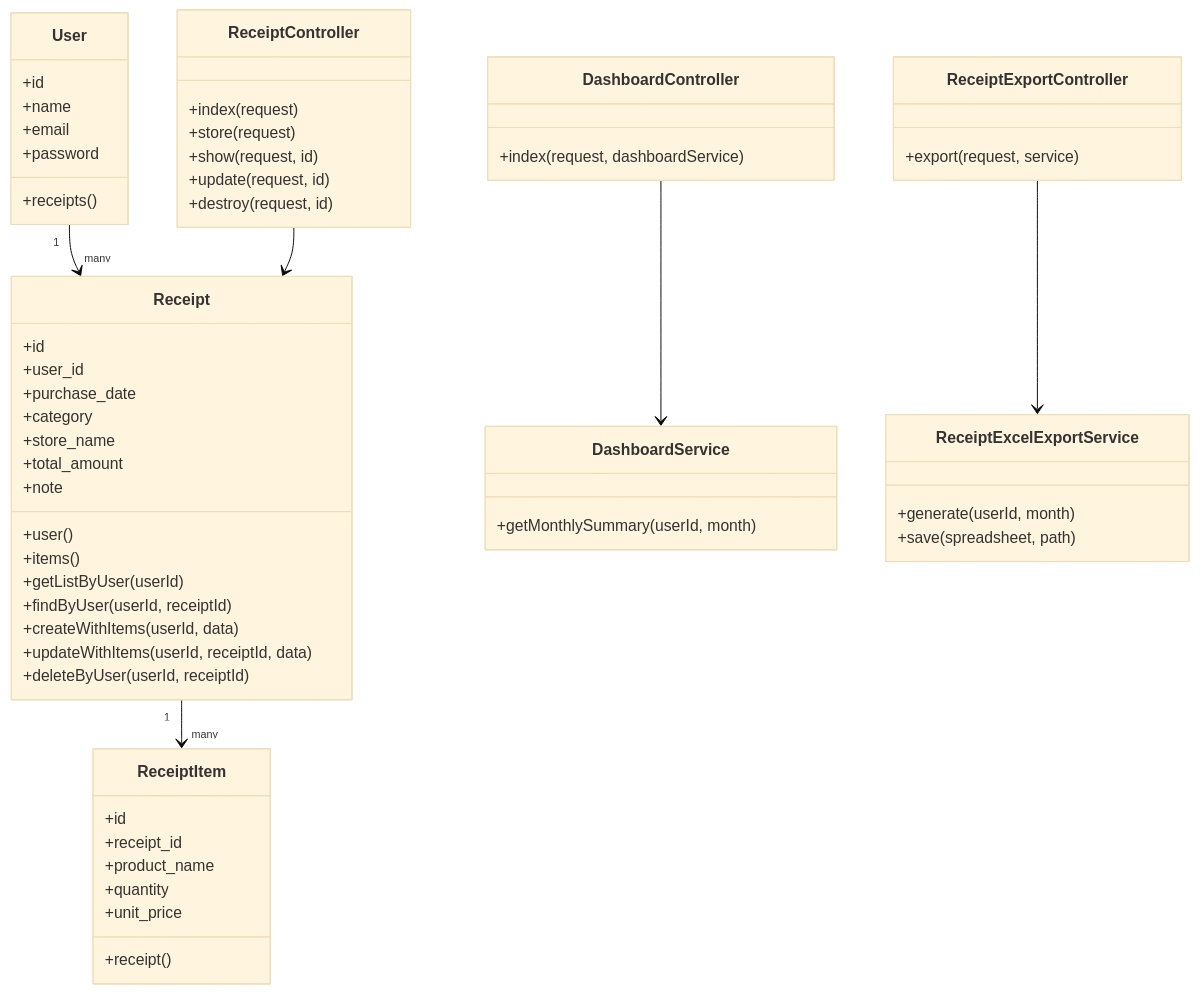
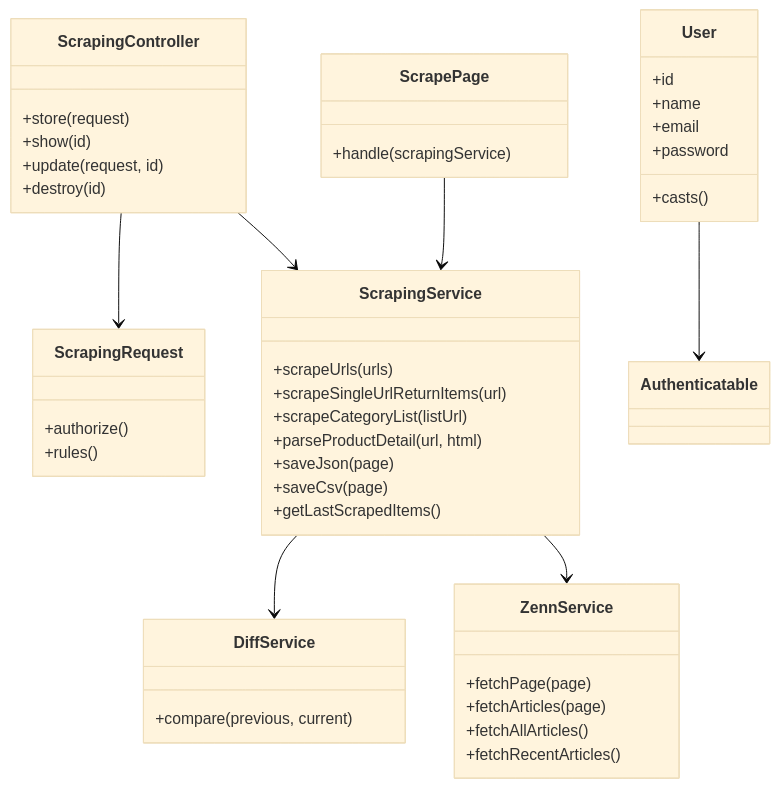
The second of 2 diagrams in README.md (alcion-demo/laravel_scraping), drawn with Mermaid (base theme) before and after one commit. The commit also changed other lines of this file and 35 other files, not shown here.

````diff
--- a/README.md
+++ b/README.md
@@ -228,67 +204,54 @@
 ```mermaid
 classDiagram
     class User {
         +id
         +name
         +email
         +password
-        +receipts()
+        +casts()
     }
 
-    class Receipt {
-        +id
-        +user_id
-        +purchase_date
-        +category
-        +store_name
-        +total_amount
-        +note
-        +user()
-        +items()
-        +getListByUser(userId)
-        +findByUser(userId, receiptId)
-        +createWithItems(userId, data)
-        +updateWithItems(userId, receiptId, data)
-        +deleteByUser(userId, receiptId)
+    class ScrapingRequest {
+        +authorize()
+        +rules()
     }
 
-    class ReceiptItem {
-        +id
-        +receipt_id
-        +product_name
-        +quantity
-        +unit_price
-        +receipt()
+    class ScrapingController {
+        +store(request)
+        +show(id)
+        +update(request, id)
+        +destroy(id)
     }
 
-    class ReceiptController {
-        +index(request)
-        +store(request)
-        +show(request, id)
-        +update(request, id)
-        +destroy(request, id)
+    class ScrapingService {
+        +scrapeUrls(urls)
+        +scrapeSingleUrlReturnItems(url)
+        +scrapeCategoryList(listUrl)
+        +parseProductDetail(url, html)
+        +saveJson(page)
+        +saveCsv(page)
+        +getLastScrapedItems()
     }
 
-    class DashboardController {
-        +index(request, dashboardService)
+    class DiffService {
+        +compare(previous, current)
     }
 
-    class DashboardService {
-        +getMonthlySummary(userId, month)
+    class ZennService {
+        +fetchPage(page)
+        +fetchArticles(page)
+        +fetchAllArticles()
+        +fetchRecentArticles()
     }
 
-    class ReceiptExportController {
-        +export(request, service)
+    class ScrapePage {
+        +handle(scrapingService)
     }
 
-    class ReceiptExcelExportService {
-        +generate(userId, month)
-        +save(spreadsheet, path)
-    }
-
-    User "1" --> "many" Receipt
-    Receipt "1" --> "many" ReceiptItem
-    ReceiptController --> Receipt
-    DashboardController --> DashboardService
-    ReceiptExportController --> ReceiptExcelExportService
+    User --> Authenticatable
+    ScrapingController --> ScrapingService
+    ScrapingController --> ScrapingRequest
+    ScrapingService --> DiffService
+    ScrapingService --> ZennService
+    ScrapePage --> ScrapingService
 ```
````
